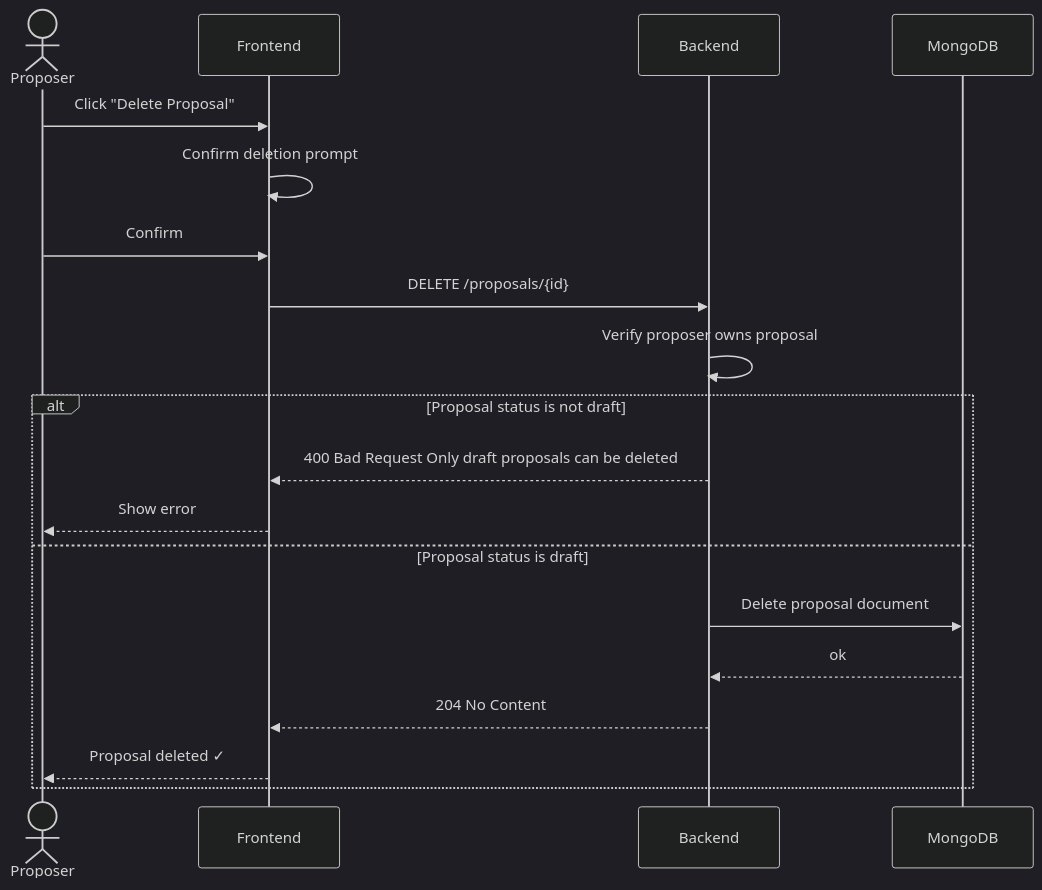
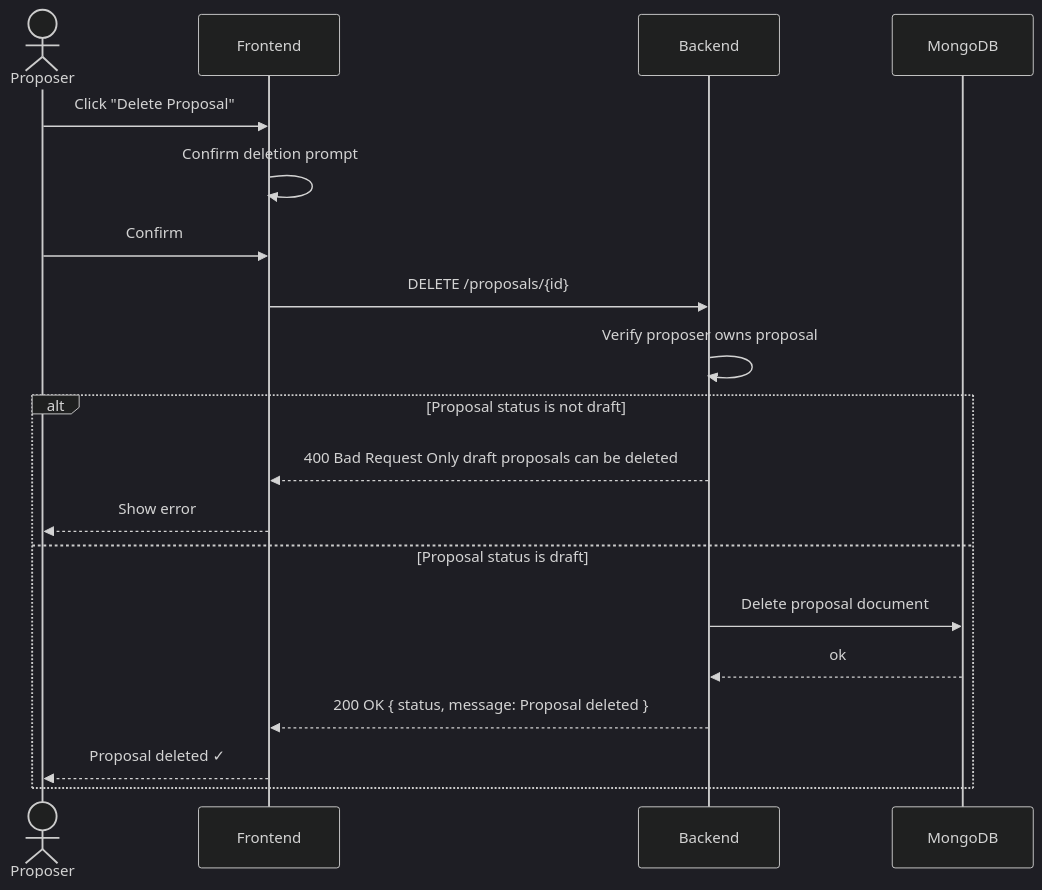
One commit to lerna-labs/ekklesia-proposal-module changed the eighth of 8 diagrams in docs/proposal-flow.md. Above: the diagram before and after it, drawn with Mermaid (dark theme). The commit also changed other lines of this file and 3 other files, not shown here.

````diff
--- a/docs/proposal-flow.md
+++ b/docs/proposal-flow.md
@@ -263,23 +263,23 @@
 ```mermaid
 sequenceDiagram
     actor Proposer
     participant Frontend
     participant Backend
     participant MongoDB
 
     Proposer->>Frontend: Click "Delete Proposal"
     Frontend->>Frontend: Confirm deletion prompt
     Proposer->>Frontend: Confirm
     Frontend->>Backend: DELETE /proposals/{id}
     Backend->>Backend: Verify proposer owns proposal
 
     alt Proposal status is not draft
         Backend-->>Frontend: 400 Bad Request Only draft proposals can be deleted
         Frontend-->>Proposer: Show error
     else Proposal status is draft
         Backend->>MongoDB: Delete proposal document
         MongoDB-->>Backend: ok
-        Backend-->>Frontend: 204 No Content
+        Backend-->>Frontend: 200 OK { status, message: Proposal deleted }
         Frontend-->>Proposer: Proposal deleted ✓
     end
 ```
````
